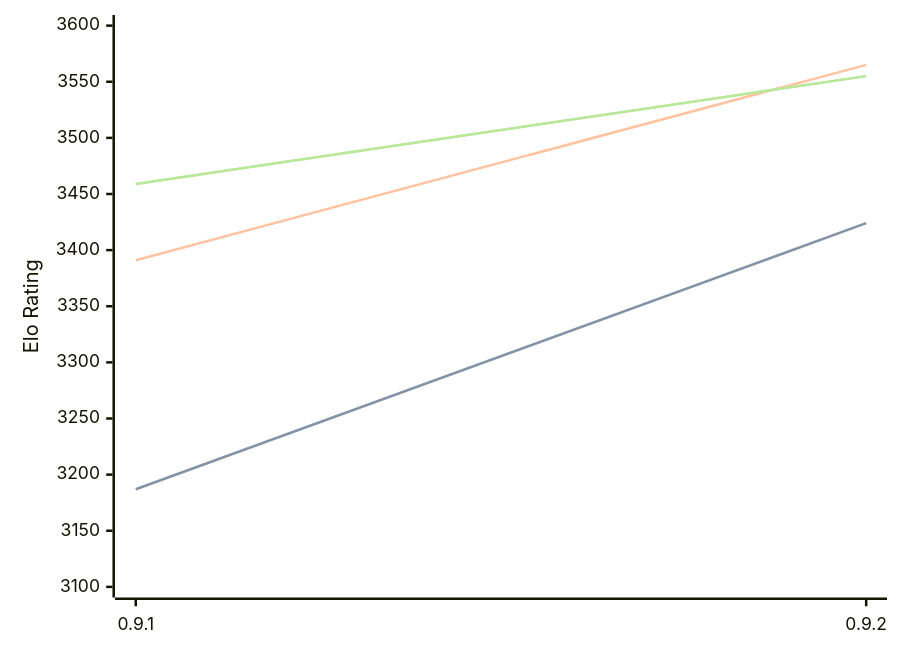
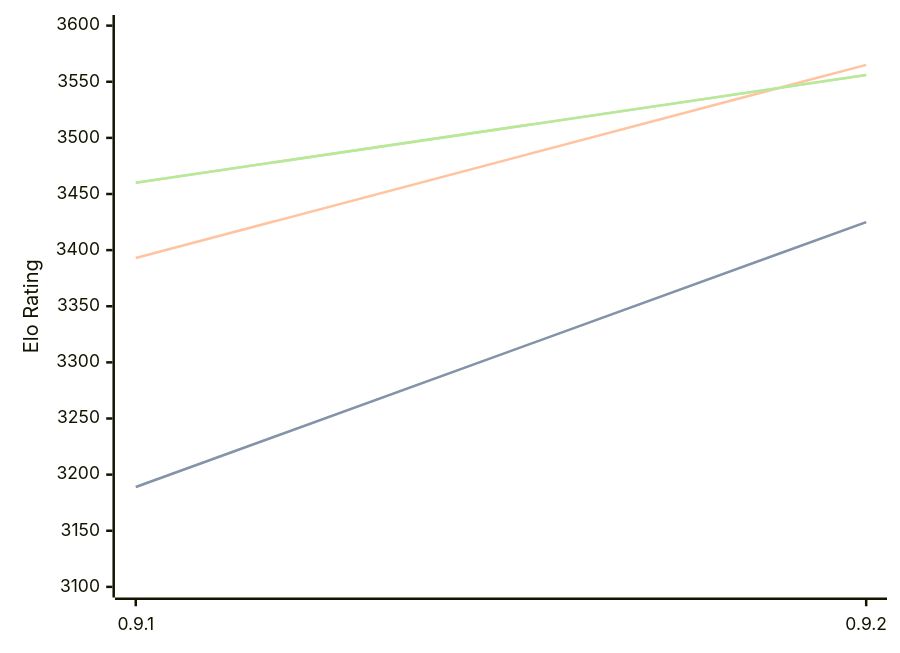
The diagram in engines/Coda.md (computer-chess-index/cci), drawn with Mermaid before and after one commit. The commit also changed other lines of this file, not shown here.

Commit message:
Update CCI Ratings (ELO VLTC) - 2026-07-24

````diff
--- a/engines/Coda.md
+++ b/engines/Coda.md
@@ -32,11 +32,11 @@
 ```mermaid
 %%{init: {"theme":"base","themeVariables":{"seriesColors:['#a3a3a3','#222221','#faa371']}}}%%
 xychart-beta
   x-axis ["0.9.1", "0.9.2"]
   y-axis "Elo Rating" 3100 --> 3600
-  line "STC (8.0+0.08s)" [3187, 3424]
-  line "STC (8.0+0.08s)" [3187, 3424]
-  line "LTC (60.0+0.60s)" [3391, 3565]
-  line "VLTC (2m24s+1.12s)" [3459, 3555]
-  line "VLTC (2m24s+1.12s)" [3459, 3555]
+  line "STC (8.0+0.08s)" [3189, 3425]
+  line "STC (8.0+0.08s)" [3189, 3425]
+  line "LTC (60.0+0.60s)" [3393, 3565]
+  line "VLTC (2m24s+1.12s)" [3460, 3556]
+  line "VLTC (2m24s+1.12s)" [3460, 3556]
 ```
````
